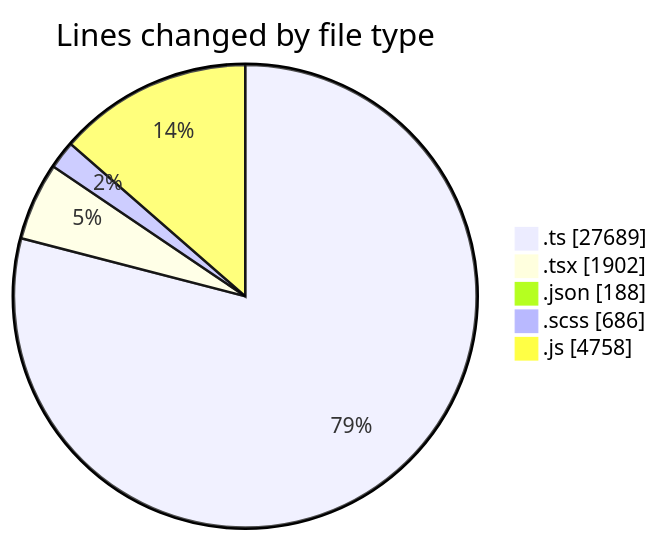
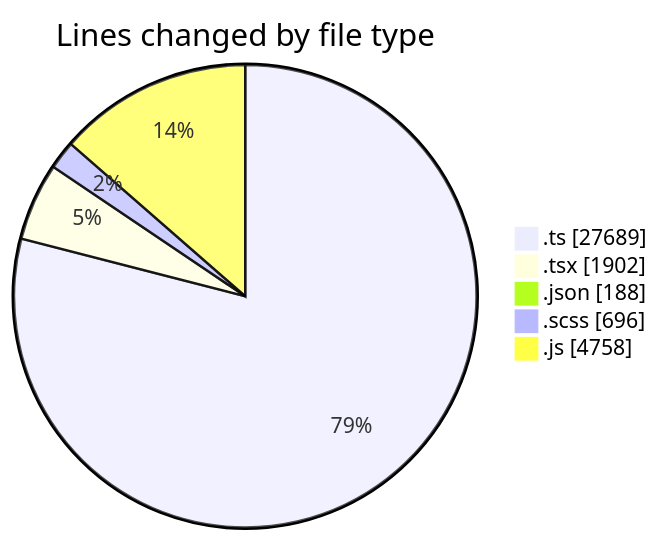
Before and after one commit to momahboobian/code-tracking: the first of 2 diagrams in 2026-05-07/cda/README.md, drawn with Mermaid. The commit also changed other lines of this file and 1 other file, not shown here.

````diff
--- a/2026-05-07/cda/README.md
+++ b/2026-05-07/cda/README.md
@@ -46,9 +46,9 @@
 ```mermaid
 pie showData
 title Lines changed by file type
 ".ts" : 27689
 ".tsx" : 1902
 ".json" : 188
-".scss" : 686
+".scss" : 696
 ".js" : 4758
 ```
````
